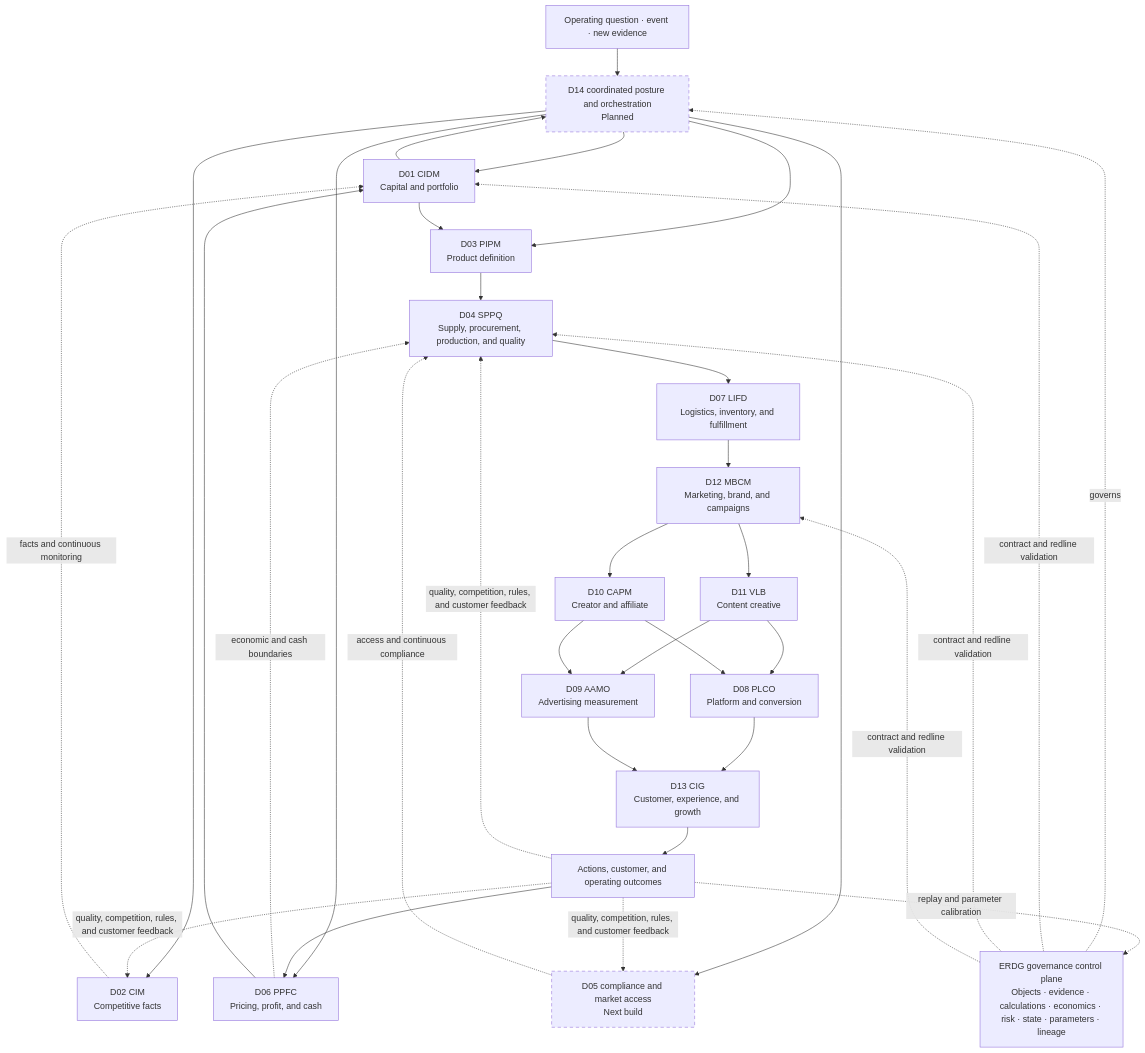
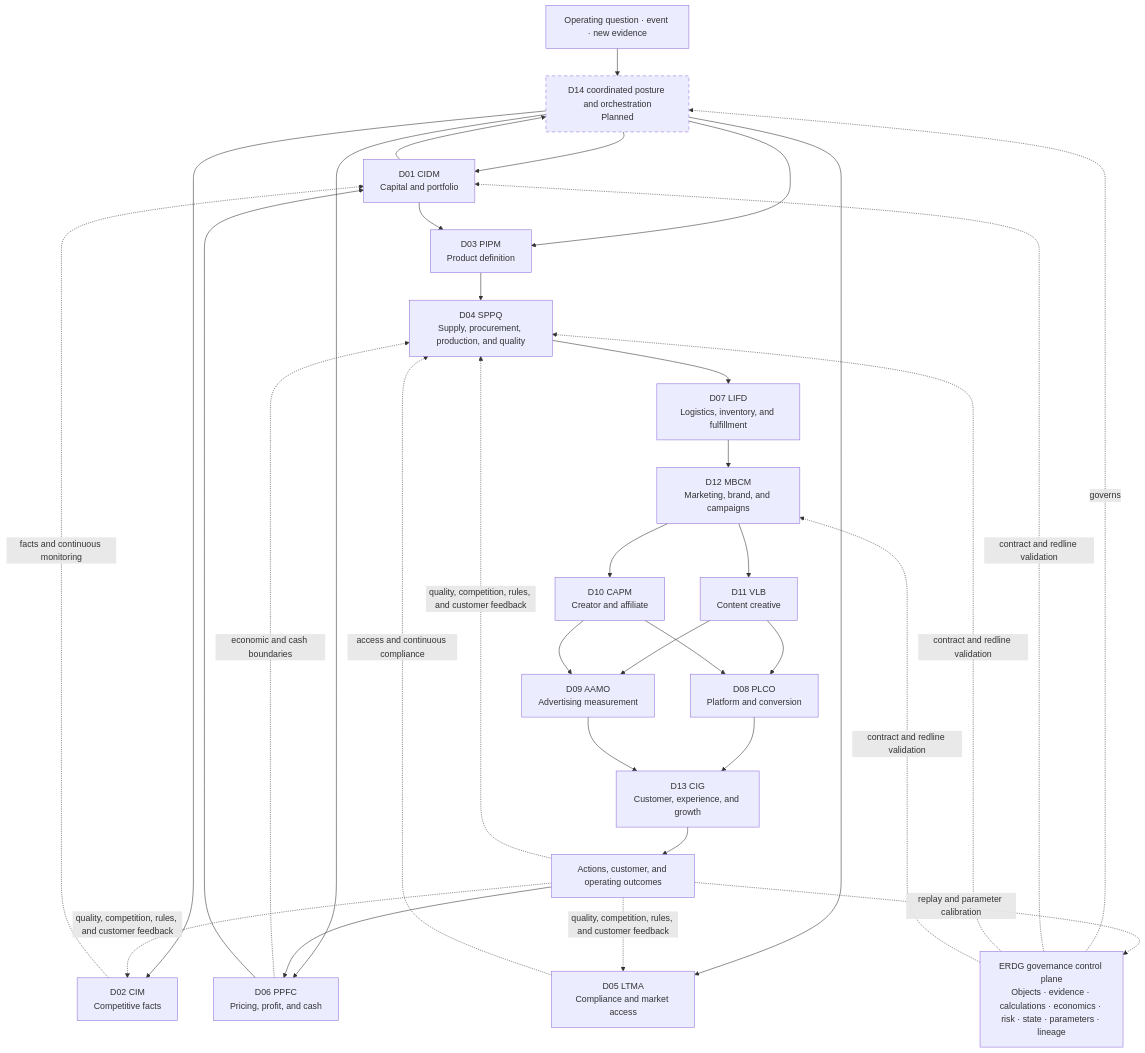
One commit to saye-chen/CrossBorder-Decision-Lab changed the second of 3 diagrams in README.en.md. Above: the diagram before and after it, drawn with Mermaid. The commit also changed other lines of this file and 176 other files, not shown here.

````diff
--- a/README.en.md
+++ b/README.en.md
@@ -122,34 +122,34 @@
 ```mermaid
 flowchart TB
     U["Operating question · event · new evidence"] --> D14["D14 coordinated posture and orchestration<br/>Planned"]
     D14 --> D01["D01 CIDM<br/>Capital and portfolio"]
     D14 --> D02["D02 CIM<br/>Competitive facts"]
     D14 --> D03["D03 PIPM<br/>Product definition"]
-    D14 --> D05["D05 compliance and market access<br/>Next build"]
+    D14 --> D05["D05 LTMA<br/>Compliance and market access"]
     D14 --> D06["D06 PPFC<br/>Pricing, profit, and cash"]
     D01 --> D03 --> D04["D04 SPPQ<br/>Supply, procurement, production, and quality"] --> D07["D07 LIFD<br/>Logistics, inventory, and fulfillment"]
     D07 --> D12["D12 MBCM<br/>Marketing, brand, and campaigns"]
     D12 --> D11["D11 VLB<br/>Content creative"]
     D12 --> D10["D10 CAPM<br/>Creator and affiliate"]
     D11 --> D08["D08 PLCO<br/>Platform and conversion"]
     D11 --> D09["D09 AAMO<br/>Advertising measurement"]
     D10 --> D08
     D10 --> D09
     D08 --> D13["D13 CIG<br/>Customer, experience, and growth"]
     D09 --> D13
     D02 -.facts and continuous monitoring.-> D01
     D05 -.access and continuous compliance.-> D04
     D06 -.economic and cash boundaries.-> D04
     D13 --> O["Actions, customer, and operating outcomes"]
     O --> D06 --> D01 --> D14
     O -.quality, competition, rules, and customer feedback.-> D02
     O -.quality, competition, rules, and customer feedback.-> D04
     O -.quality, competition, rules, and customer feedback.-> D05
     E["ERDG governance control plane<br/>Objects · evidence · calculations · economics · risk · state · parameters · lineage"] -.governs.-> D14
     E -.contract and redline validation.-> D01
     E -.contract and redline validation.-> D04
     E -.contract and redline validation.-> D12
     O -.replay and parameter calibration.-> E
     classDef planned stroke-dasharray:6 5
-    class D05,D14 planned
+    class D14 planned
 ```
````
